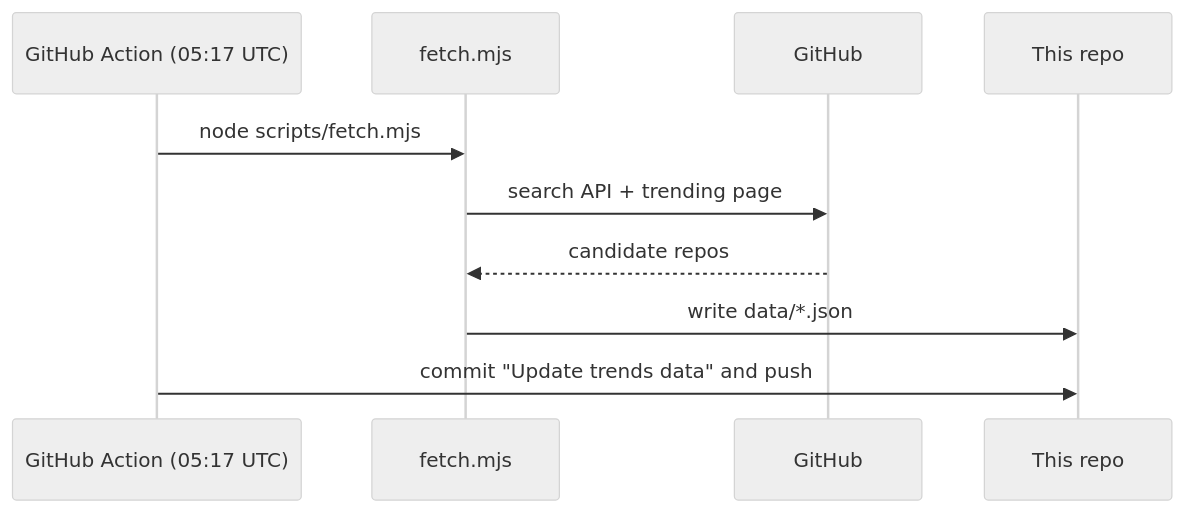
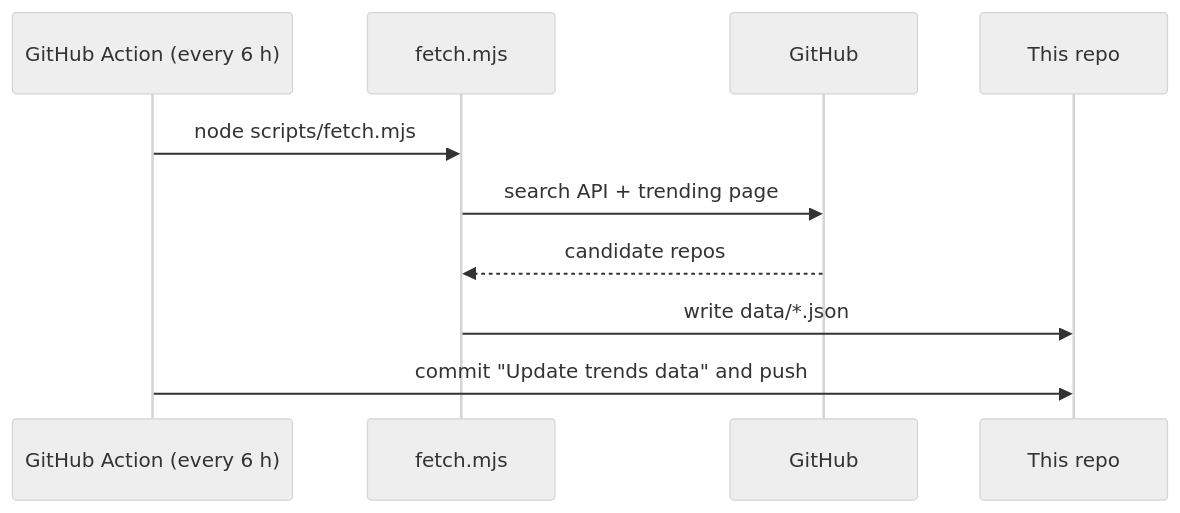
The sixth of 6 diagrams in README.md (gaderOussama/github_trends), drawn with Mermaid (neutral theme) before and after one commit. The commit also changed other lines of this file and 1 other file, not shown here.

First line of the commit message:
Run the fetch every 6 hours

````diff
--- a/README.md
+++ b/README.md
@@ -158,12 +158,12 @@
 ```mermaid
 sequenceDiagram
-    participant Cron as GitHub Action (05:17 UTC)
+    participant Cron as GitHub Action (every 6 h)
     participant Script as fetch.mjs
     participant GH as GitHub
     participant Repo as This repo
     Cron->>Script: node scripts/fetch.mjs
     Script->>GH: search API + trending page
     GH-->>Script: candidate repos
     Script->>Repo: write data/*.json
     Cron->>Repo: commit "Update trends data" and push
 ```
````
